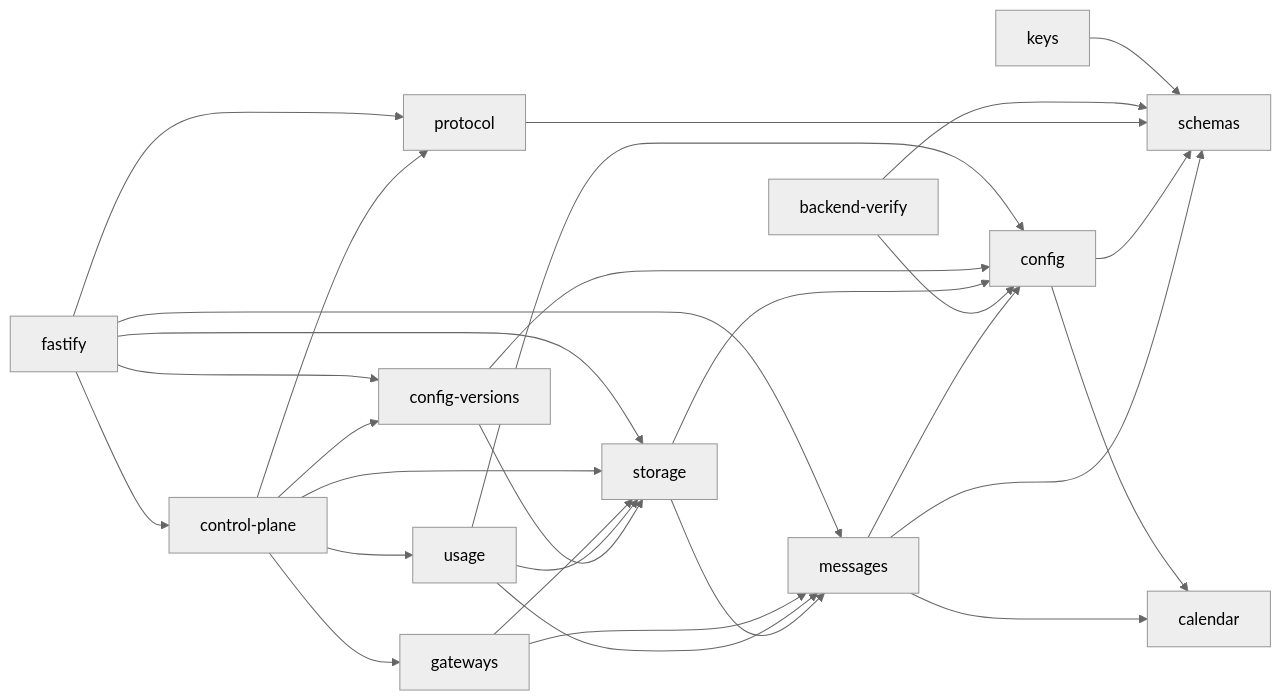
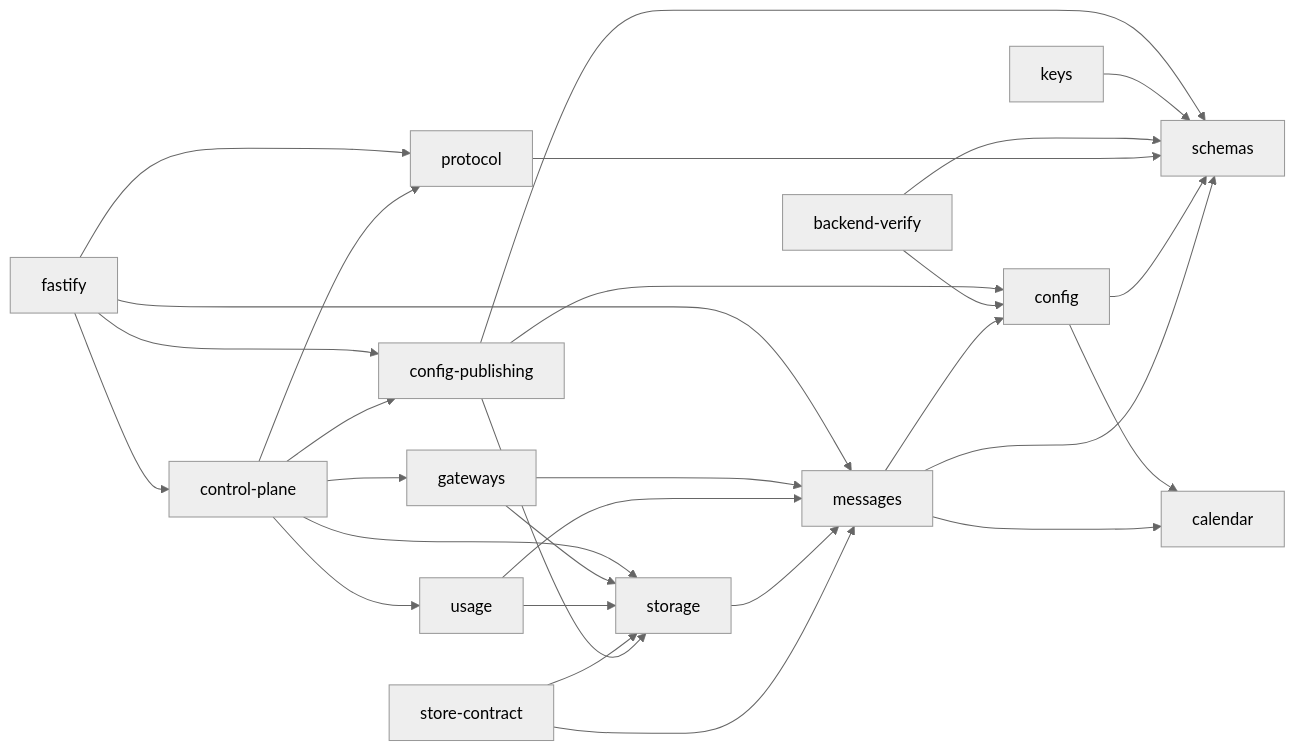
The second of 3 diagrams in docs/ARCHITECTURE.md (acdtrx/kaiak), drawn with Mermaid (neutral theme) before and after one commit. The commit also changed other lines of this file and 8 other files, not shown here.

Commit message:
docs: round-2 leftovers — ARCHITECTURE module diagram and bullets, architecture pages, TECH-STACK transport, host-app migration note, Rejected lines in the present, BACKLOG totals size bound resolved

````diff
--- a/docs/ARCHITECTURE.md
+++ b/docs/ARCHITECTURE.md
@@ -353,31 +362,31 @@
 ```mermaid
 flowchart LR
     fastify --> cp
-    fastify --> cv
+    fastify --> cpub
     fastify --> protocol
     fastify --> messages
-    fastify --> storage
-    cp[control-plane] --> cv[config-versions]
+    cp[control-plane] --> cpub[config-publishing]
     cp --> protocol
     cp --> storage
     cp --> usage
     cp --> gateways
     gateways --> messages
     gateways --> storage
     usage --> messages
-    usage --> config
     usage --> storage
     storage --> messages
-    cv --> config
-    cv --> storage
-    storage --> config
+    sc[store-contract] --> storage
+    sc --> messages
+    cpub --> config
+    cpub --> schemas
+    cpub --> storage
     keys --> schemas
     bv[backend-verify] --> config
     bv --> schemas
     protocol --> schemas
     config --> schemas
     config --> calendar
     messages --> config
     messages --> schemas
     messages --> calendar
 ```
````
